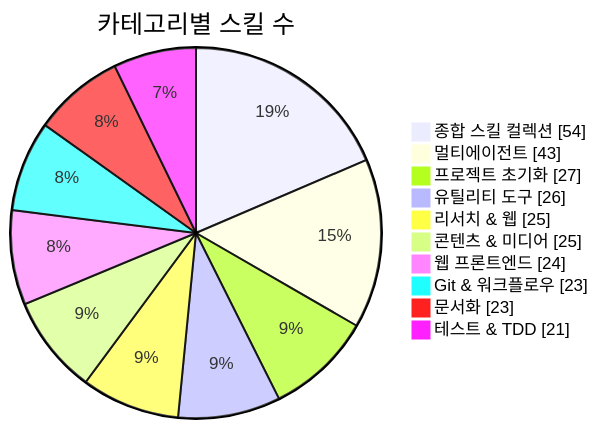
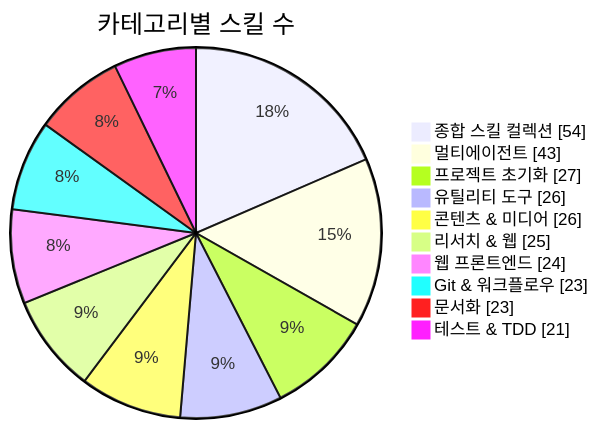
One commit to J-nowcow/awesome-korean-agent-skills changed the first of 3 diagrams in README.md. Above: the diagram before and after it, drawn with Mermaid. The commit also changed other lines of this file and 3 other files, not shown here.

````diff
--- a/README.md
+++ b/README.md
@@ -176,14 +176,14 @@
 ```mermaid
 pie showData
     title 카테고리별 스킬 수
     "종합 스킬 컬렉션" : 54
     "멀티에이전트" : 43
     "프로젝트 초기화" : 27
     "유틸리티 도구" : 26
+    "콘텐츠 & 미디어" : 26
     "리서치 & 웹" : 25
-    "콘텐츠 & 미디어" : 25
     "웹 프론트엔드" : 24
     "Git & 워크플로우" : 23
     "문서화" : 23
     "테스트 & TDD" : 21
 ```
````
